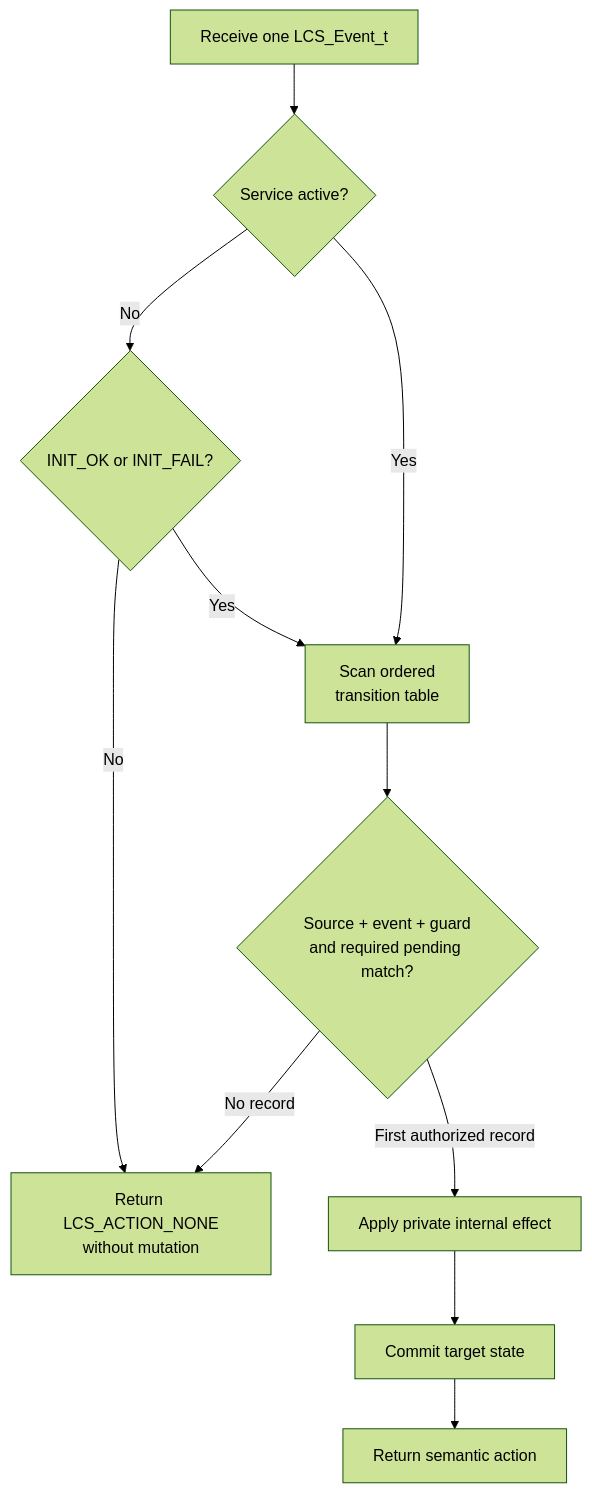
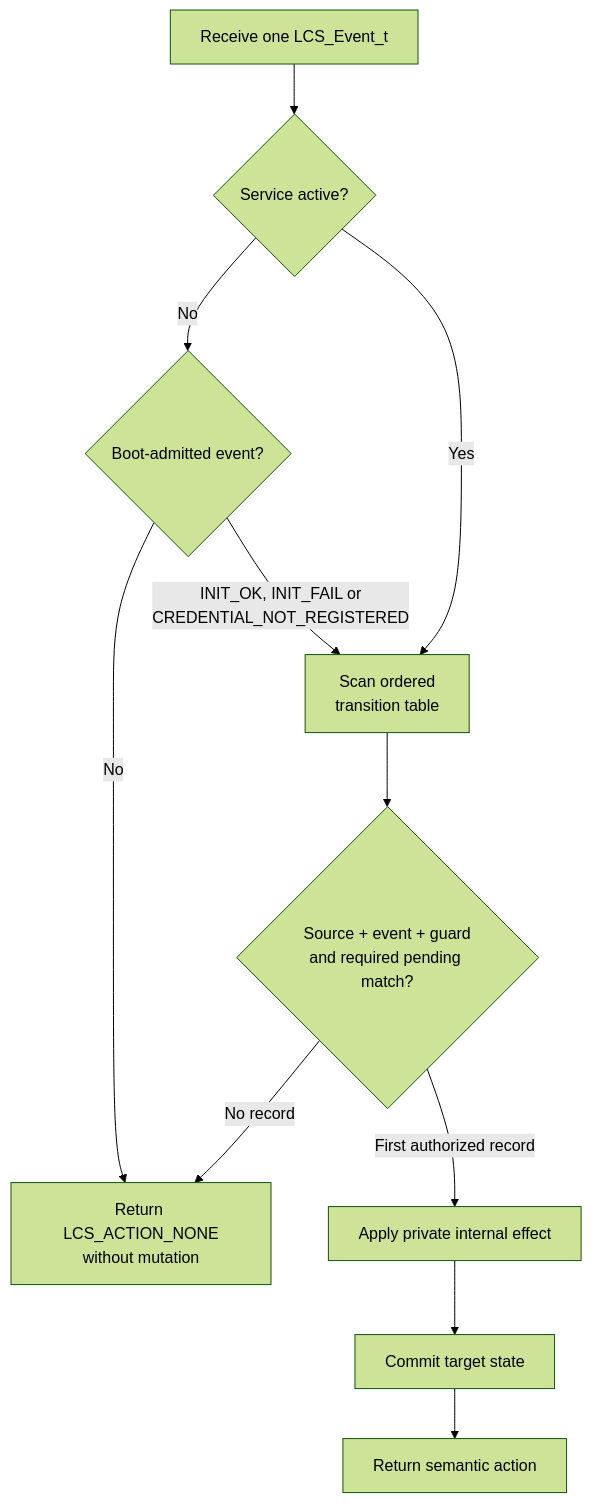
One commit to JP-REY/STM32F103C8T6-Based-Electronic-Lock changed the fourth of 6 diagrams in Libs/Services/Lock_Control/README.md. Above: the diagram before and after it, drawn with Mermaid (forest theme). The commit also changed other lines of this file and 8 other files, not shown here.

First line of the commit message:
feature(lock-control): integrate credential register flow into FSM

````diff
--- a/Libs/Services/Lock_Control/README.md
+++ b/Libs/Services/Lock_Control/README.md
@@ -660,13 +736,13 @@
 ```mermaid
 flowchart TD
     EVENT["Receive one LCS_Event_t"] --> ACTIVE{"Service active?"}
-    ACTIVE -->|"No"| INIT{"INIT_OK or INIT_FAIL?"}
-    INIT -->|"No"| NONE["Return LCS_ACTION_NONE<br/>without mutation"]
-    INIT -->|"Yes"| FIND["Scan ordered <br/>transition table"]
+    ACTIVE -->|"No"| BOOT_EVENT{"Boot-admitted event?"}
+    BOOT_EVENT -->|"No"| NONE["Return LCS_ACTION_NONE<br/>without mutation"]
+    BOOT_EVENT -->|"INIT_OK, INIT_FAIL or<br/>CREDENTIAL_NOT_REGISTERED"| FIND["Scan ordered<br/>transition table"]
     ACTIVE -->|"Yes"| FIND
     FIND --> MATCH{"Source + event + guard<br/>and required pending match?"}
     MATCH -->|"No record"| NONE
     MATCH -->|"First authorized record"| EFFECT["Apply private internal effect"]
     EFFECT --> COMMIT["Commit target state"]
     COMMIT --> ACTION["Return semantic action"]
 ```
````
